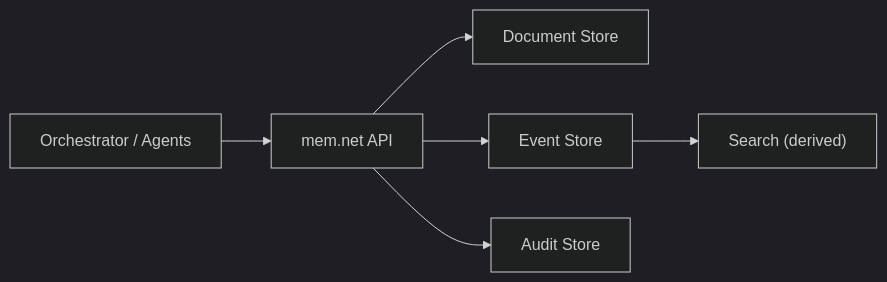
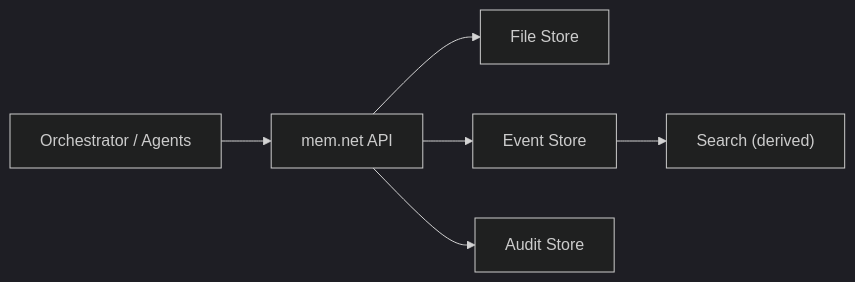
The diagram in README.md (TianqiZhang/mem.net), drawn with Mermaid (dark theme) before and after one commit. The commit also changed other lines of this file and 7 other files, not shown here.

````diff
--- a/README.md
+++ b/README.md
@@ -50,8 +50,8 @@
 ```mermaid
 flowchart LR
     A["Orchestrator / Agents"] --> B["mem.net API"]
-    B --> C["Document Store"]
+    B --> C["File Store"]
     B --> D["Event Store"]
     B --> E["Audit Store"]
     D --> F["Search (derived)"]
 ```
````
